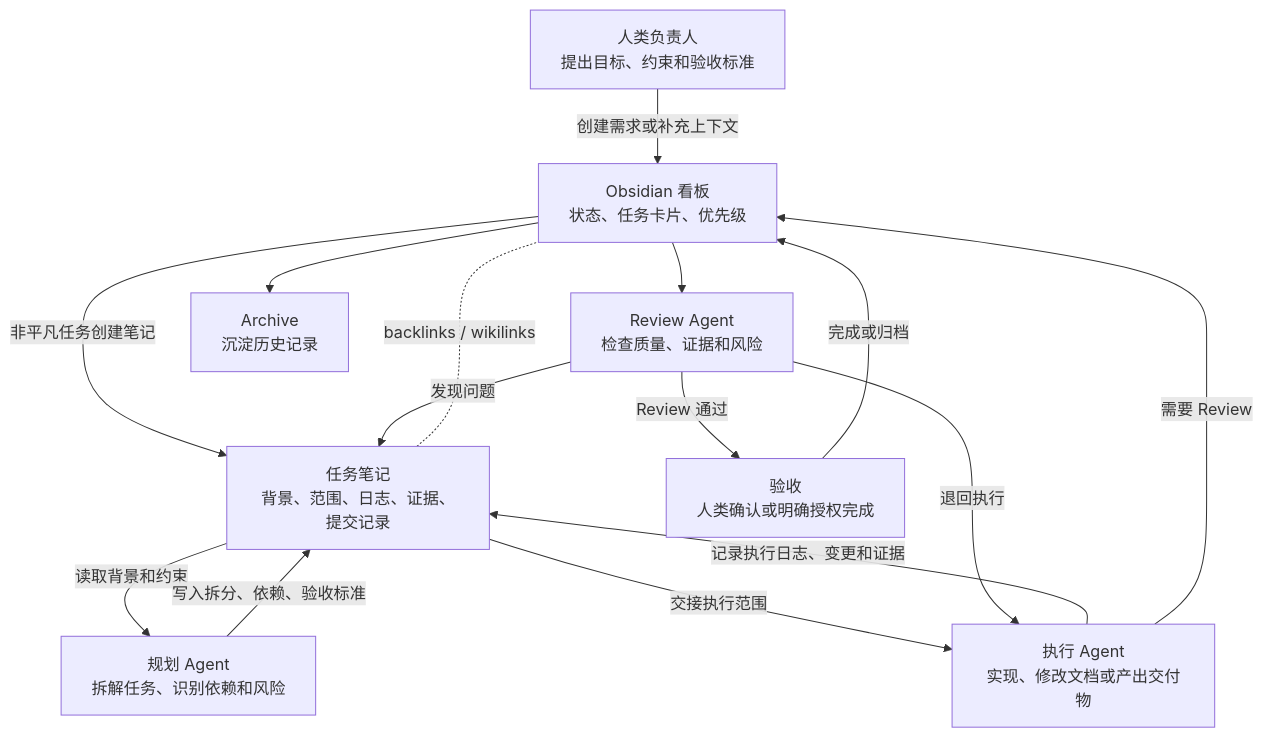
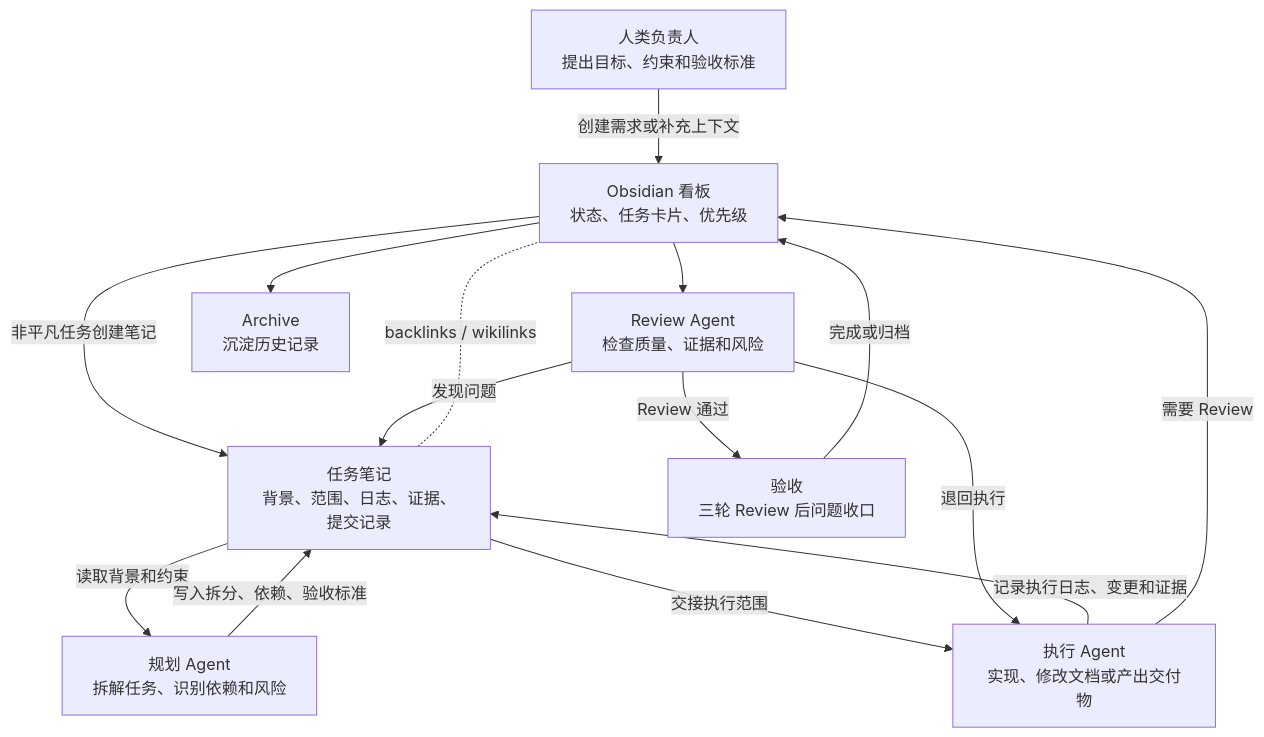
Before and after one commit to giarld/skills: the second of 2 diagrams in obsidian-project-workflow/README.md, drawn with Mermaid. The commit also changed other lines of this file and 5 other files, not shown here.

````diff
--- a/obsidian-project-workflow/README.md
+++ b/obsidian-project-workflow/README.md
@@ -113,26 +113,26 @@
 ```mermaid
 flowchart TB
     human["人类负责人<br/>提出目标、约束和验收标准"]
     board["Obsidian 看板<br/>状态、任务卡片、优先级"]
     note["任务笔记<br/>背景、范围、日志、证据、提交记录"]
     planner["规划 Agent<br/>拆解任务、识别依赖和风险"]
     executor["执行 Agent<br/>实现、修改文档或产出交付物"]
     reviewer["Review Agent<br/>检查质量、证据和风险"]
-    accept["验收<br/>人类确认或明确授权完成"]
+    accept["验收<br/>三轮 Review 后问题收口"]
     archive["Archive<br/>沉淀历史记录"]
 
     human -->|"创建需求或补充上下文"| board
     board -->|"非平凡任务创建笔记"| note
     note -->|"读取背景和约束"| planner
     planner -->|"写入拆分、依赖、验收标准"| note
     note -->|"交接执行范围"| executor
     executor -->|"记录执行日志、变更和证据"| note
     executor -->|"需要 Review"| board
     board --> reviewer
     reviewer -->|"发现问题"| note
     reviewer -->|"退回执行"| executor
     reviewer -->|"Review 通过"| accept
     accept -->|"完成或归档"| board
     board --> archive
     note -. "backlinks / wikilinks" .- board
 ```
````
